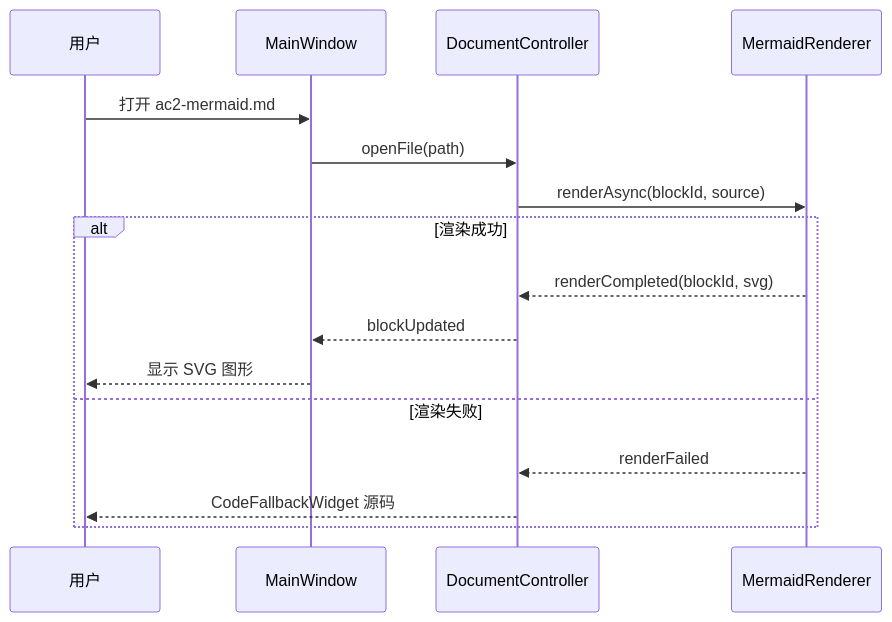
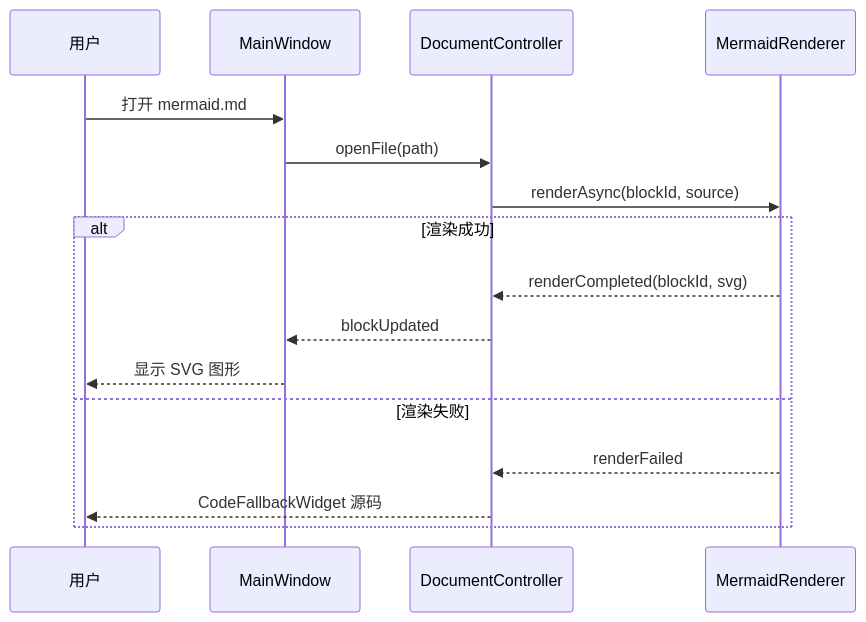
The second of 5 diagrams in samples/mermaid.md (ShuiYunYueKeeper/mda-l2), drawn with Mermaid before and after one commit. The commit also changed 13 other files, not shown here.

````diff
--- a/samples/mermaid.md
+++ b/samples/mermaid.md
@@ -24,19 +24,19 @@
 ```mermaid
 sequenceDiagram
     participant User as 用户
     participant MW as MainWindow
     participant DC as DocumentController
     participant MR as MermaidRenderer
 
-    User->>MW: 打开 ac2-mermaid.md
+    User->>MW: 打开 mermaid.md
     MW->>DC: openFile(path)
     DC->>MR: renderAsync(blockId, source)
     alt 渲染成功
         MR-->>DC: renderCompleted(blockId, svg)
         DC-->>MW: blockUpdated
         MW-->>User: 显示 SVG 图形
     else 渲染失败
         MR-->>DC: renderFailed
         DC-->>User: CodeFallbackWidget 源码
     end
 ```
````
